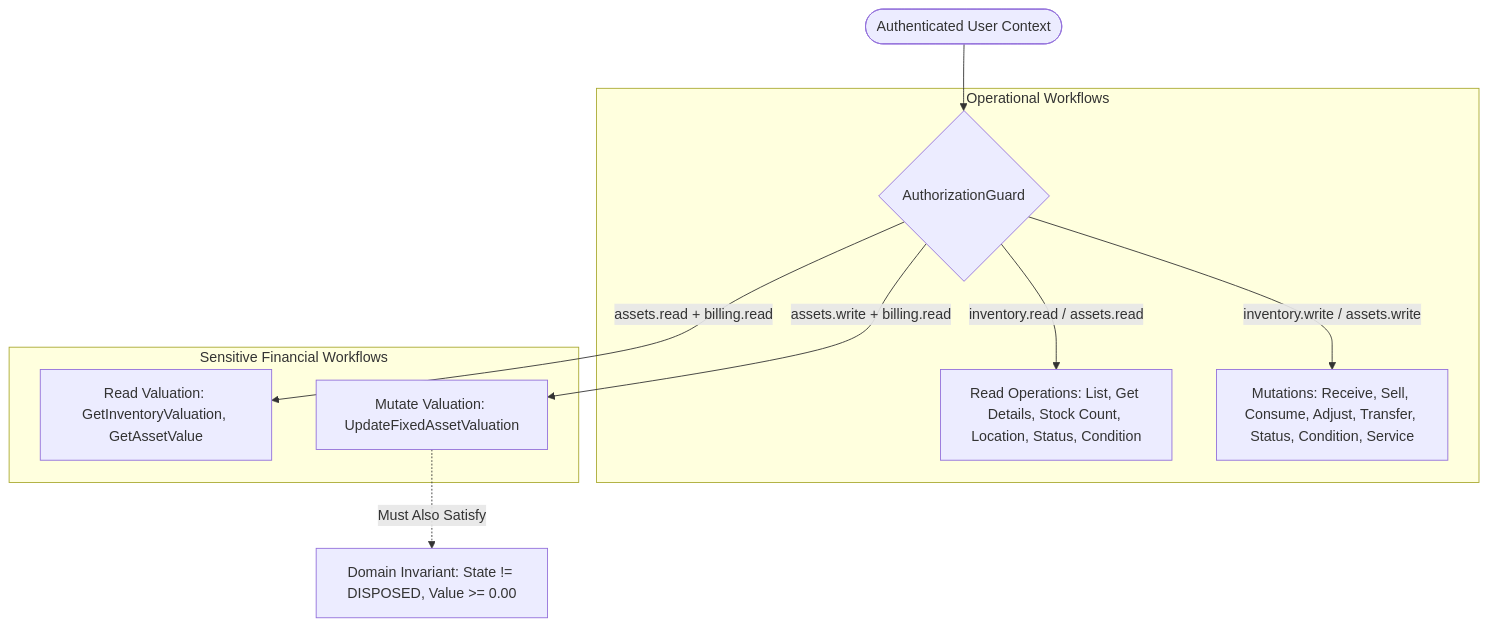
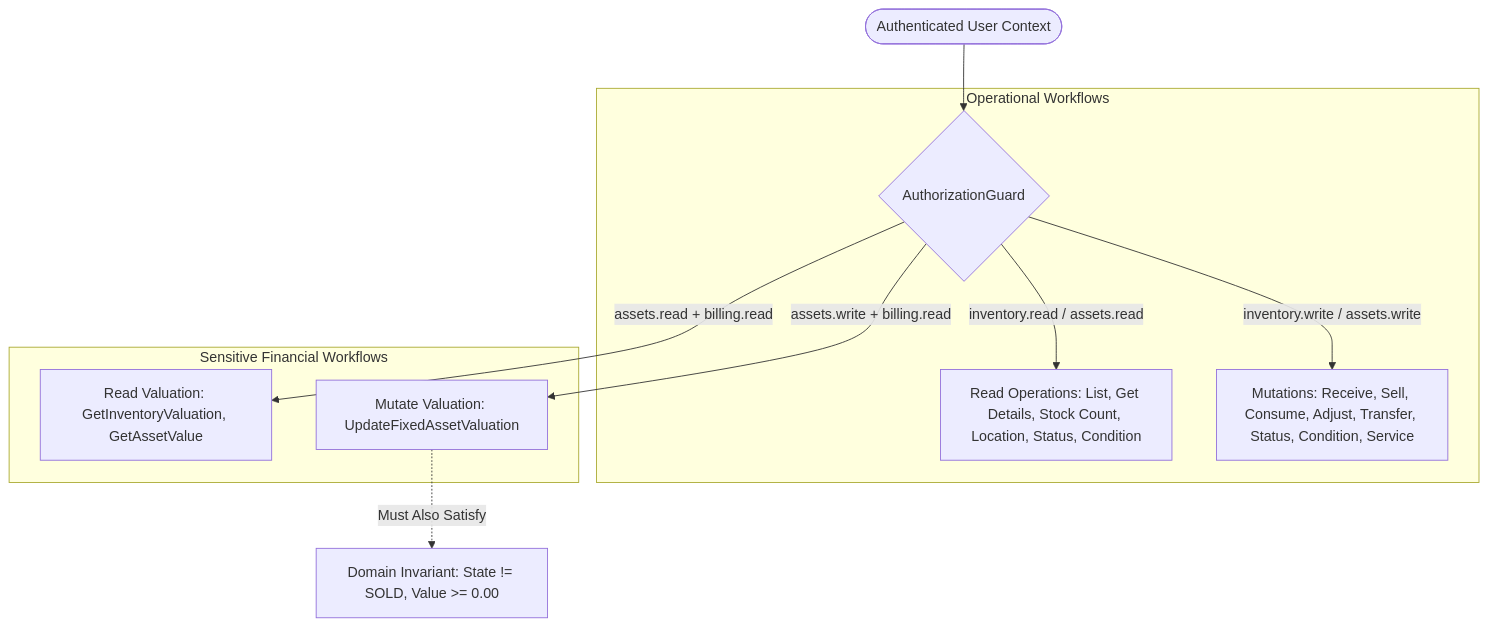
One commit to izzydin/kinergy-platform changed the diagram in docs/architecture/resources/resource-sensitive-data-policy.md. Above: the diagram before and after it, drawn with Mermaid. The commit also changed other lines of this file and 6 other files, not shown here.

````diff
--- a/docs/architecture/resources/resource-sensitive-data-policy.md
+++ b/docs/architecture/resources/resource-sensitive-data-policy.md
@@ -71,16 +71,16 @@
 ```mermaid
 flowchart TD
     User([Authenticated User Context]) --> Guard{AuthorizationGuard}
 
     subgraph "Operational Workflows"
         Guard -->|inventory.read / assets.read| OpRead[Read Operations: List, Get Details, Stock Count, Location, Status, Condition]
         Guard -->|inventory.write / assets.write| OpMut[Mutations: Receive, Sell, Consume, Adjust, Transfer, Status, Condition, Service]
     end
 
     subgraph "Sensitive Financial Workflows"
         Guard -->|assets.read + billing.read| ValRead[Read Valuation: GetInventoryValuation, GetAssetValue]
         Guard -->|assets.write + billing.read| ValMut[Mutate Valuation: UpdateFixedAssetValuation]
     end
 
-    ValMut -.->|Must Also Satisfy| DomainInvariant[Domain Invariant: State != DISPOSED, Value >= 0.00]
+    ValMut -.->|Must Also Satisfy| DomainInvariant[Domain Invariant: State != SOLD, Value >= 0.00]
 ```
````
